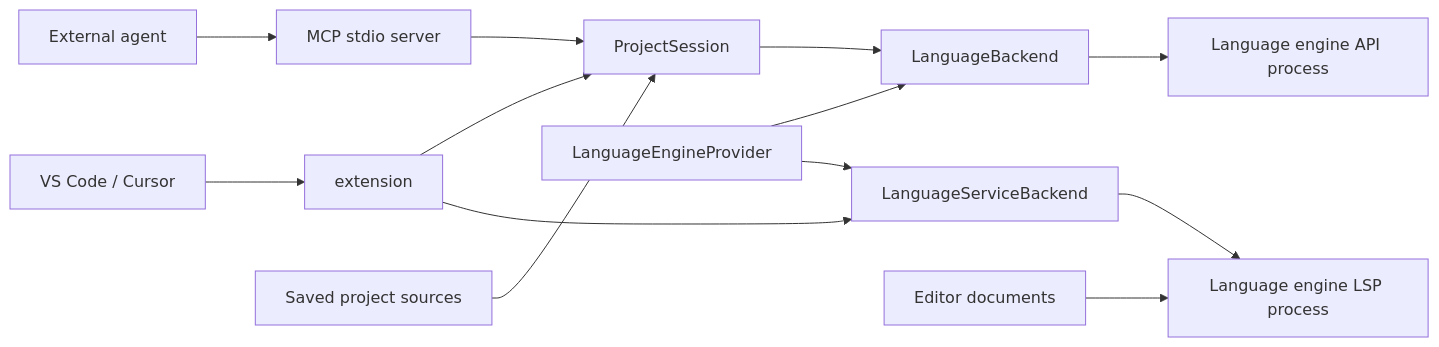
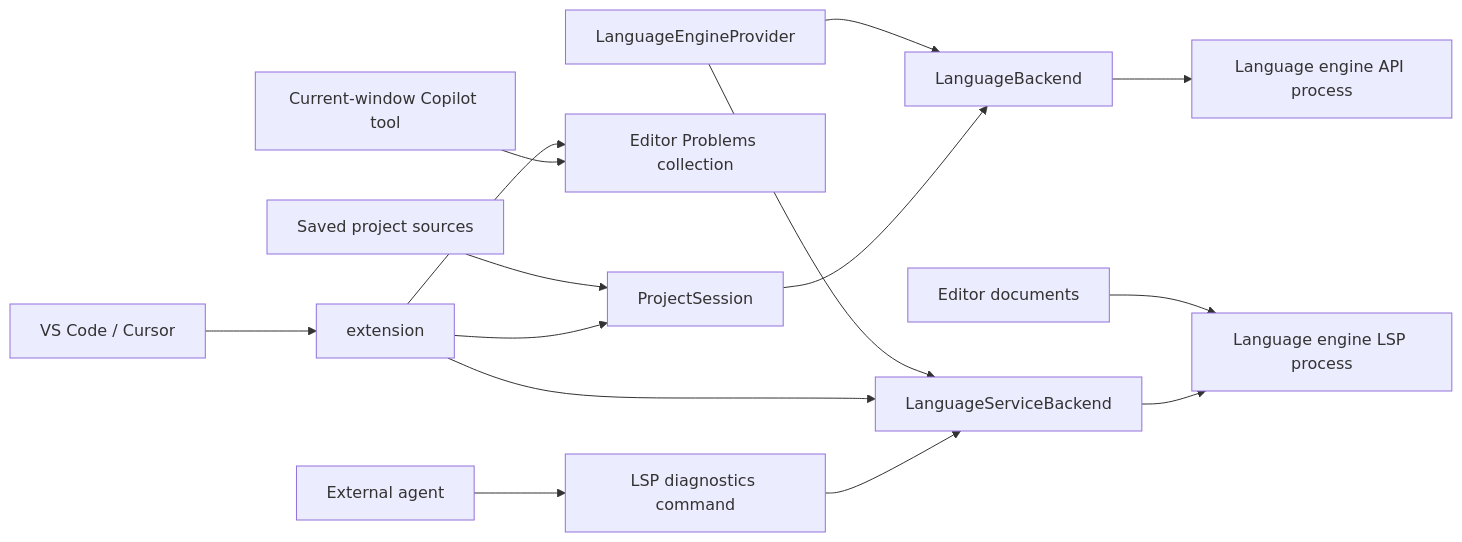
The diagram in docs/architecture.md (dryas-labs/systrace), drawn with Mermaid before and after one commit. The commit also changed other lines of this file and 51 other files, not shown here.

Commit message:
feat: replace MCP with editor and LSP diagnostic observations

````diff
--- a/docs/architecture.md
+++ b/docs/architecture.md
@@ -13,15 +12,18 @@
 ```mermaid
 flowchart LR
   Editor[VS Code / Cursor] --> Extension[extension]
-  Agent[External agent] --> MCP[MCP stdio server]
-  MCP --> Session[ProjectSession]
+  Agent[External agent] --> Command[LSP diagnostics command]
+  Command --> Service
+  Copilot[Current-window Copilot tool] --> Problems[Editor Problems collection]
+  Extension --> Problems
+  Session[ProjectSession]
   Extension --> Session
   Session --> Model[LanguageBackend]
   Extension --> Service[LanguageServiceBackend]
   Provider[LanguageEngineProvider] --> Model
   Provider --> Service
   Model --> API[Language engine API process]
   Service --> LSP[Language engine LSP process]
   Files[Saved project sources] --> Session
   Buffers[Editor documents] --> LSP
 ```
````
